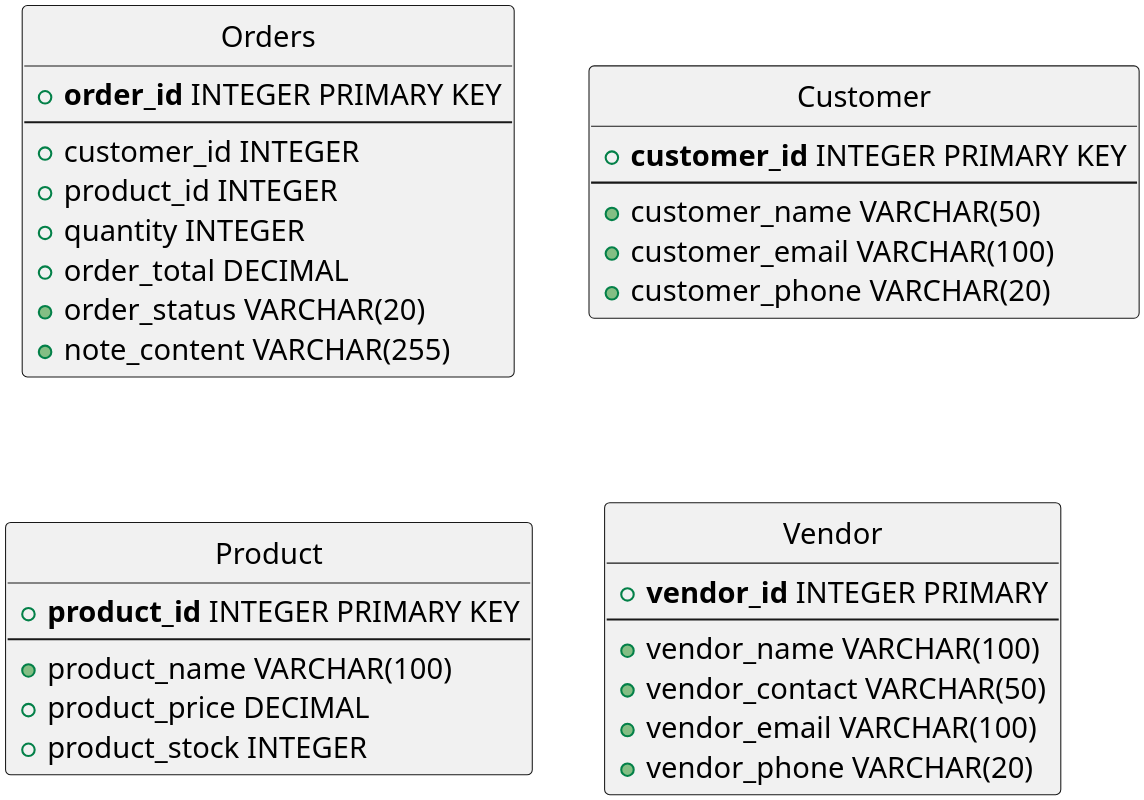
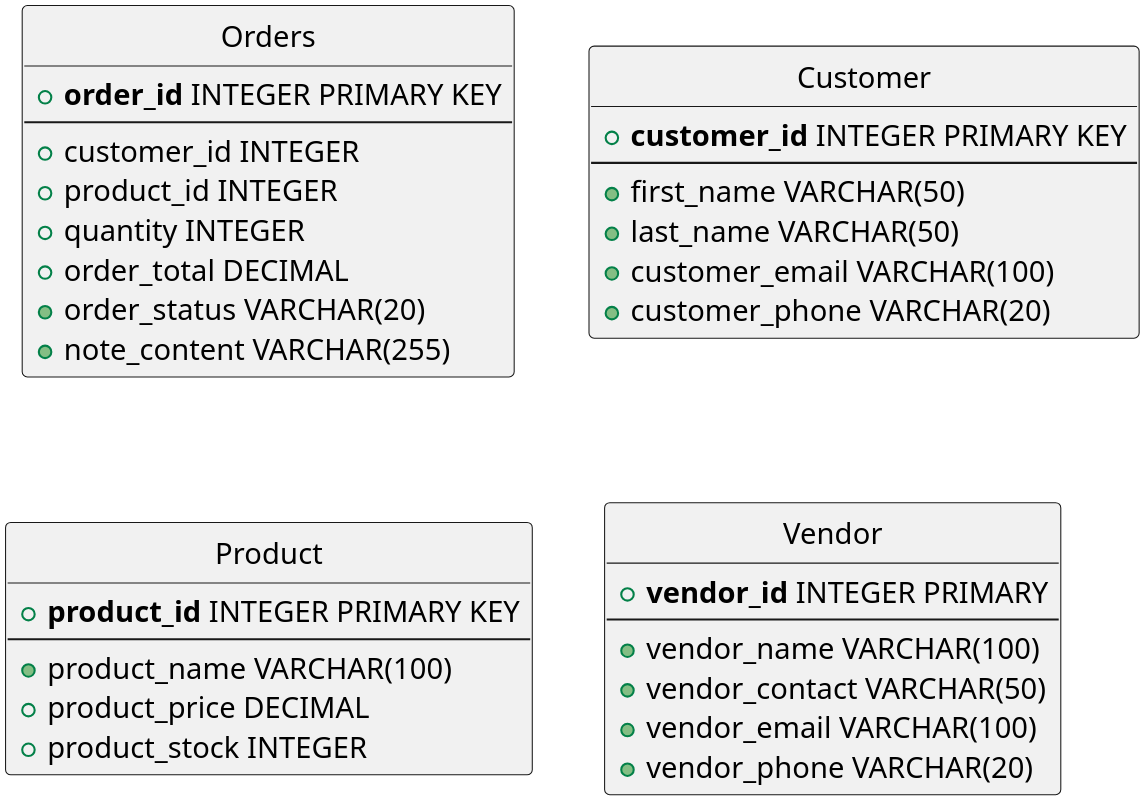
The diagram in c3123/project/1nf.pu (Alomory/educational), drawn with PlantUML before and after one commit. The commit also changed 5 other files, not shown here.

```diff
--- a/c3123/project/1nf.pu
+++ b/c3123/project/1nf.pu
@@ -1,43 +1,44 @@
 @startuml
 
 scale 5
 
 hide circle
 
 entity Orders {
     +**order_id** INTEGER PRIMARY KEY
     ---
     +customer_id INTEGER
     +product_id INTEGER
     +quantity INTEGER
     +order_total DECIMAL
     +order_status VARCHAR(20)
     +note_content VARCHAR(255)
 }
 
 entity Customer {
     +**customer_id** INTEGER PRIMARY KEY
     ---
-    +customer_name VARCHAR(50)
+    +first_name VARCHAR(50)
+    +last_name VARCHAR(50)
     +customer_email VARCHAR(100)
     +customer_phone VARCHAR(20)
 }
 
 entity Product {
     +**product_id** INTEGER PRIMARY KEY
     ---
     +product_name VARCHAR(100)
     +product_price DECIMAL
     +product_stock INTEGER
 }
 
 entity Vendor {
     +**vendor_id** INTEGER PRIMARY 
     ---
     +vendor_name VARCHAR(100)
     +vendor_contact VARCHAR(50)
     +vendor_email VARCHAR(100)
     +vendor_phone VARCHAR(20)
 }
 
 @enduml
```
